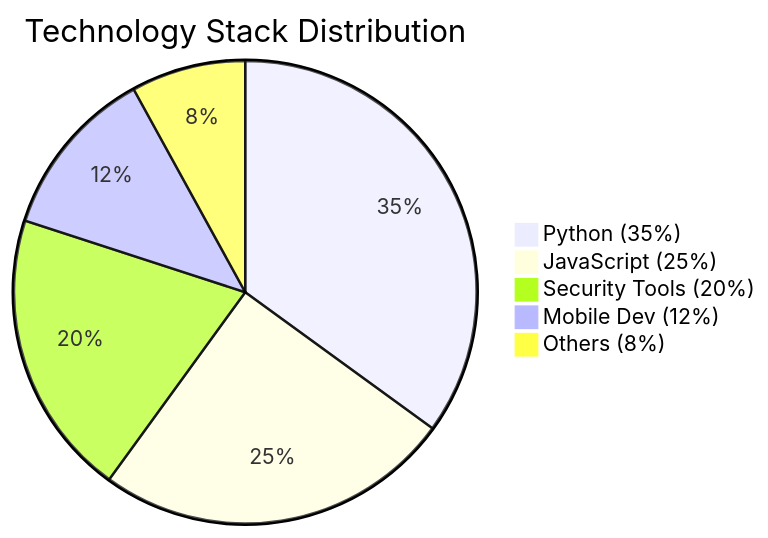
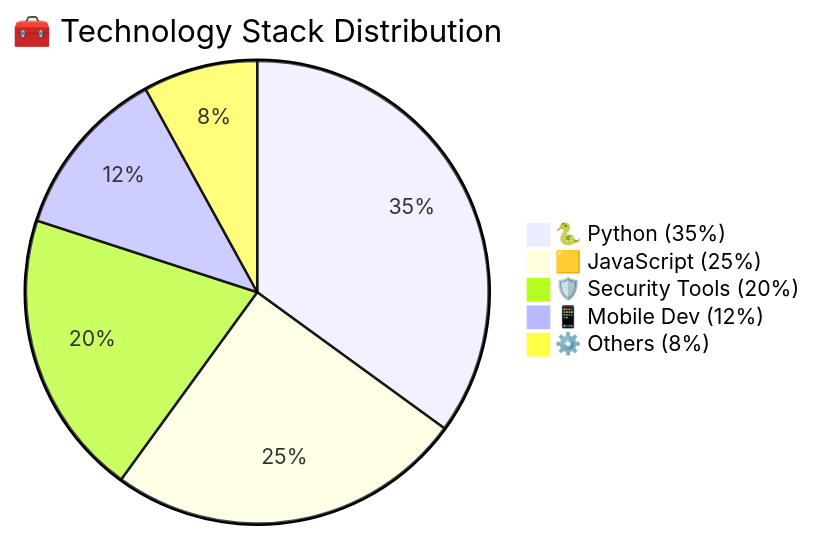
One commit to Tamilselvan-S-Cyber-Security/Tamilselvan-S-Cyber-Security changed the second of 6 diagrams in README.md. Above: the diagram before and after it, drawn with Mermaid. The commit also changed other lines of this file, not shown here.

````diff
--- a/README.md
+++ b/README.md
@@ -61,8 +62,8 @@
 ```mermaid
-pie title Technology Stack Distribution
-    "Python (35%)" : 35
-    "JavaScript (25%)" : 25
-    "Security Tools (20%)" : 20
-    "Mobile Dev (12%)" : 12
-    "Others (8%)" : 8
+pie title 🧰 Technology Stack Distribution
+    "🐍 Python (35%)"            : 35
+    "🟨 JavaScript (25%)"        : 25
+    "🛡️ Security Tools (20%)"    : 20
+    "📱 Mobile Dev (12%)"        : 12
+    "⚙️ Others (8%)"             : 8
 ```
````
